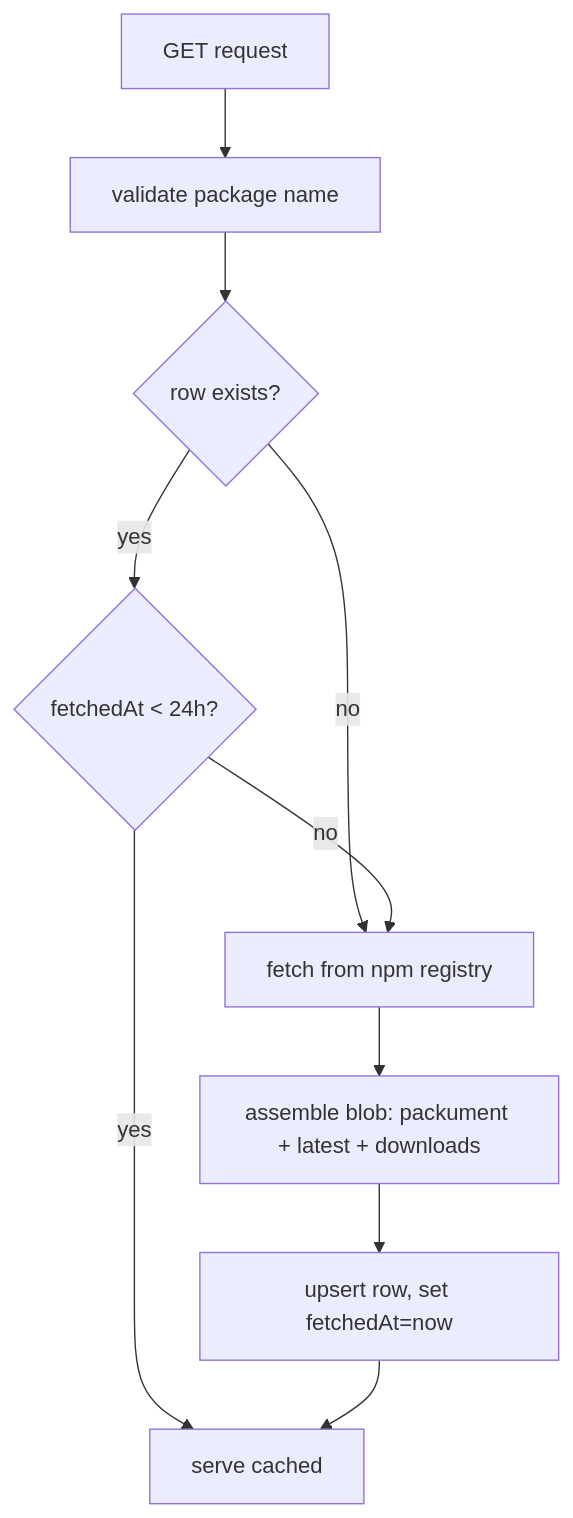
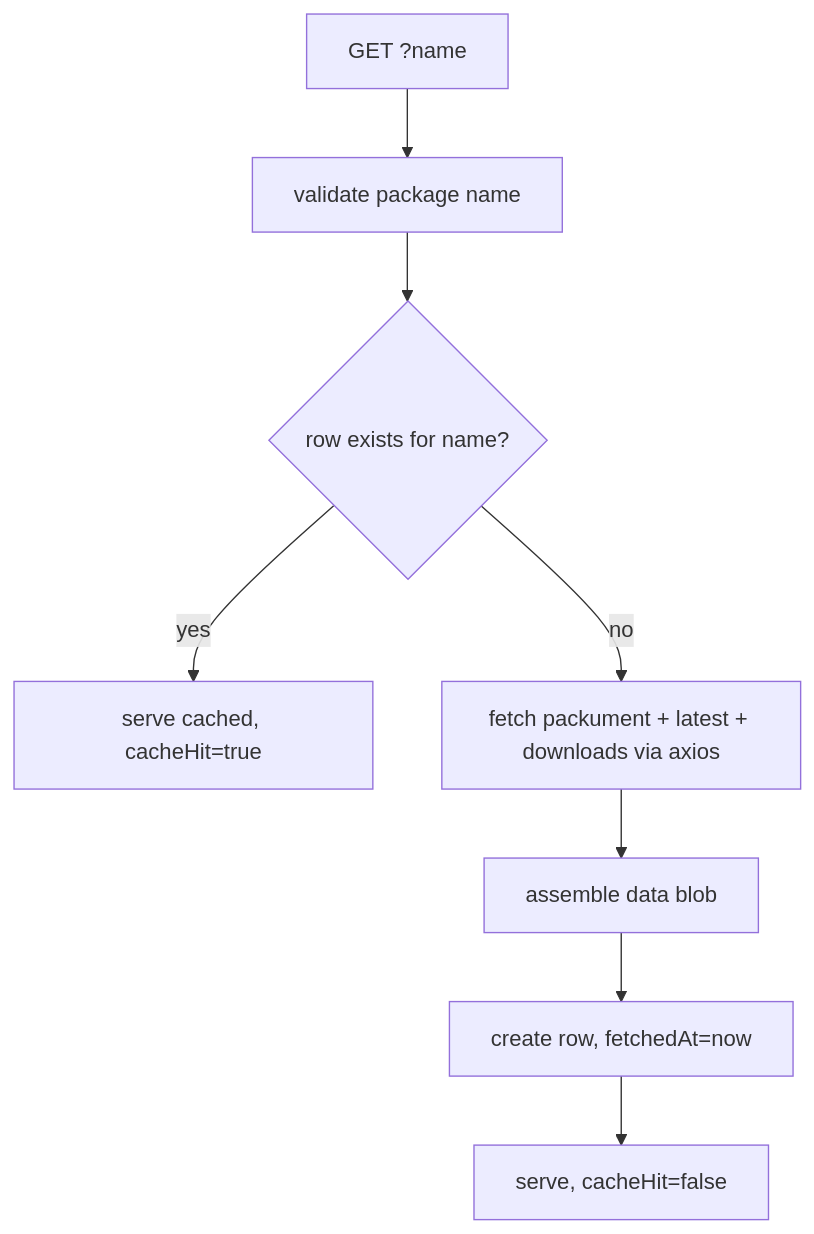
The diagram in plan/sources-npm.md (phritz/isitsketchy), drawn with Mermaid before and after one commit. The commit also changed other lines of this file and 13 other files, not shown here.

Commit message:
github fetch / cache working

````diff
--- a/plan/sources-npm.md
+++ b/plan/sources-npm.md
@@ -43,12 +46,10 @@
 ```mermaid
 flowchart TD
-    A[GET request] --> B[validate package name]
-    B --> C{row exists?}
-    C -->|no| F[fetch from npm registry]
-    C -->|yes| D{fetchedAt < 24h?}
-    D -->|yes| E[serve cached]
-    D -->|no| F
-    F --> G[assemble blob: packument + latest + downloads]
-    G --> H[upsert row, set fetchedAt=now]
-    H --> E
+    A["GET ?name"] --> B[validate package name]
+    B --> C{row exists for name?}
+    C -->|yes| E[serve cached, cacheHit=true]
+    C -->|no| F[fetch packument + latest + downloads via axios]
+    F --> G[assemble data blob]
+    G --> H[create row, fetchedAt=now]
+    H --> I[serve, cacheHit=false]
 ```
````
